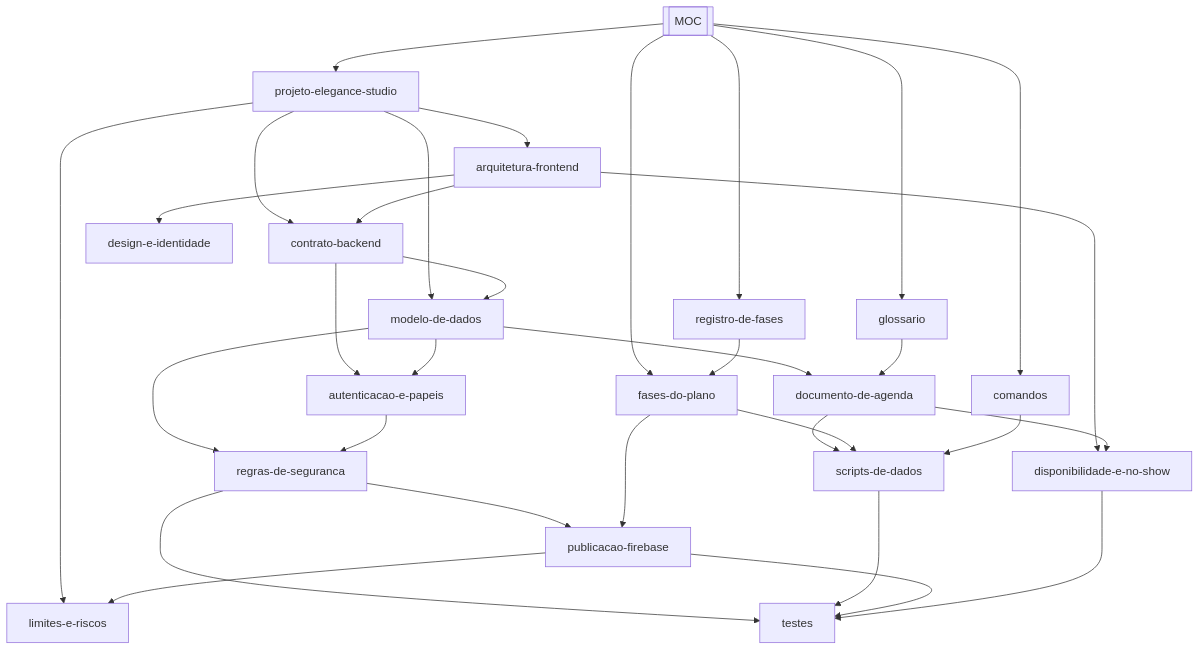
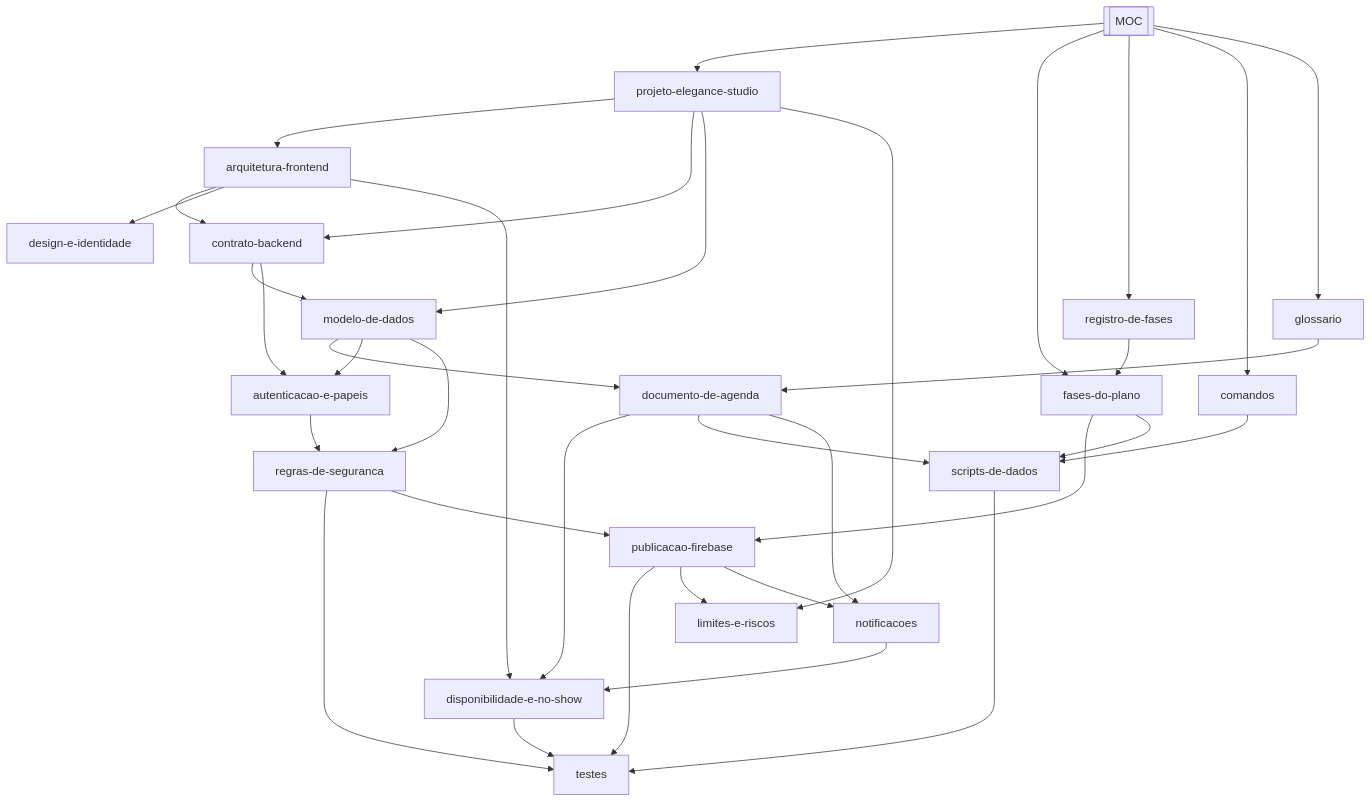
One commit to danilot1/EleganceStudio_repo changed the diagram in brain/MOC.md. Above: the diagram before and after it, drawn with Mermaid. The commit also changed other lines of this file and 24 other files, not shown here.

````diff
--- a/brain/MOC.md
+++ b/brain/MOC.md
@@ -15,40 +15,43 @@
 ```mermaid
 graph TD
   MOC[[MOC]] --> P[projeto-elegance-studio]
   MOC --> F[fases-do-plano]
   MOC --> R[registro-de-fases]
 
   P --> A[arquitetura-frontend]
   P --> C[contrato-backend]
   P --> D[modelo-de-dados]
   P --> L[limites-e-riscos]
 
   A --> C
   A --> DES[design-e-identidade]
   A --> DIS[disponibilidade-e-no-show]
 
   C --> D
   C --> AU[autenticacao-e-papeis]
   D --> DOC[documento-de-agenda]
   D --> AU
   D --> RG[regras-de-seguranca]
 
   DOC --> DIS
   DOC --> SC[scripts-de-dados]
   AU --> RG
   RG --> T[testes]
   RG --> PUB[publicacao-firebase]
   SC --> T
   PUB --> T
   PUB --> L
   DIS --> T
+  DOC --> N[notificacoes]
+  N --> DIS
+  PUB --> N
 
   F --> PUB
   F --> SC
   R --> F
 
   MOC --> CM[comandos]
   MOC --> G[glossario]
   CM --> SC
   G --> DOC
 ```
````
